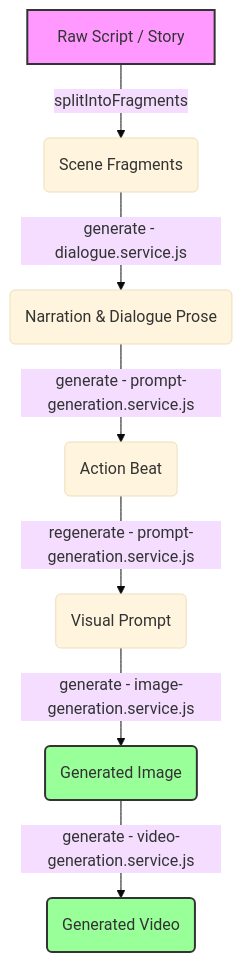
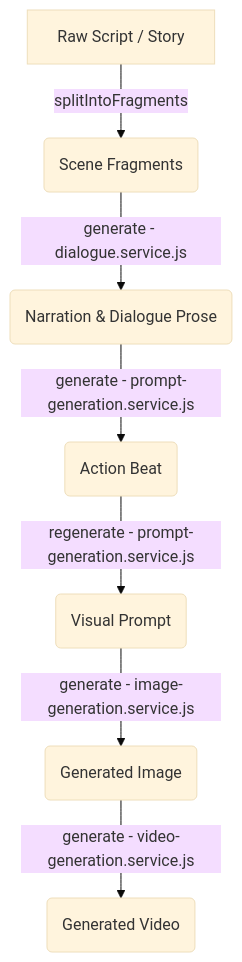
Before and after one commit to nick227/storyboard-to-video: the diagram in README.md, drawn with Mermaid (base theme). The commit also changed other lines of this file and 19 other files, not shown here.

````diff
--- a/README.md
+++ b/README.md
@@ -164,13 +78,9 @@
 ```mermaid
 graph TD
     A[Raw Script / Story] -->|splitIntoFragments| B(Scene Fragments)
     B -->|generate - dialogue.service.js| C(Narration & Dialogue Prose)
     C -->|generate - prompt-generation.service.js| D(Action Beat)
     D -->|regenerate - prompt-generation.service.js| E(Visual Prompt)
     E -->|generate - image-generation.service.js| F(Generated Image)
     F -->|generate - video-generation.service.js| G(Generated Video)
-    
-    style A fill:#f9f,stroke:#333,stroke-width:2px
-    style F fill:#9f9,stroke:#333,stroke-width:2px
-    style G fill:#9f9,stroke:#333,stroke-width:2px
 ```
````
